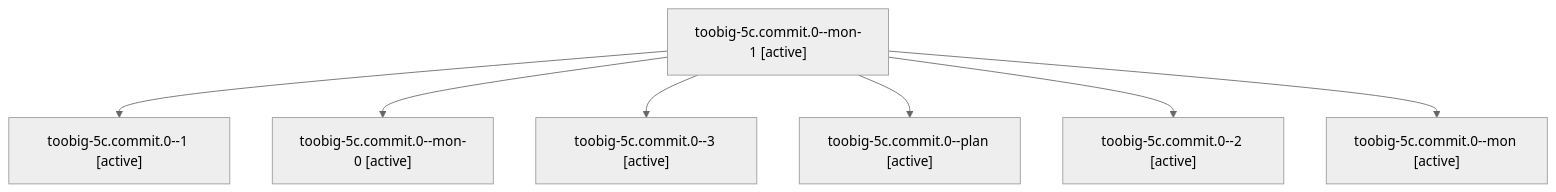
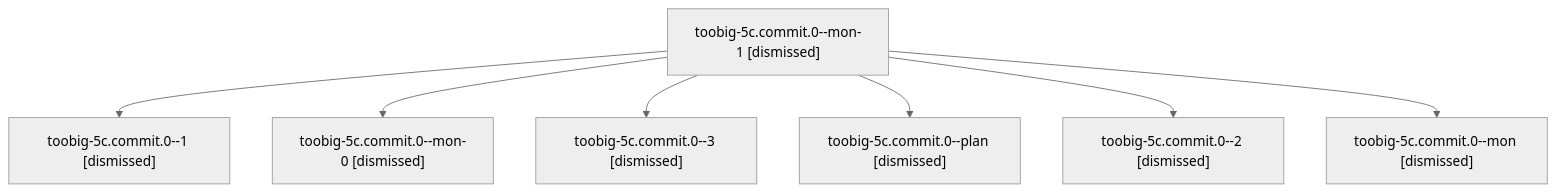
Before and after one commit to sase-org/sase--agents: the diagram in sessions/bbugyi200.athena.toobig-5c.commit.0.md, drawn with Mermaid (neutral theme). The commit also changed other lines of this file and 146 other files, not shown here.

````diff
--- a/sessions/bbugyi200.athena.toobig-5c.commit.0.md
+++ b/sessions/bbugyi200.athena.toobig-5c.commit.0.md
@@ -9,16 +9,16 @@
 ```mermaid
 flowchart TD
-  n0["toobig-5c.commit.0--mon-1 [active]"]
-  n1["toobig-5c.commit.0--1 [active]"]
+  n0["toobig-5c.commit.0--mon-1 [dismissed]"]
+  n1["toobig-5c.commit.0--1 [dismissed]"]
   n0 --> n1
-  n2["toobig-5c.commit.0--mon-0 [active]"]
+  n2["toobig-5c.commit.0--mon-0 [dismissed]"]
   n0 --> n2
-  n3["toobig-5c.commit.0--3 [active]"]
+  n3["toobig-5c.commit.0--3 [dismissed]"]
   n0 --> n3
-  n4["toobig-5c.commit.0--plan [active]"]
+  n4["toobig-5c.commit.0--plan [dismissed]"]
   n0 --> n4
-  n5["toobig-5c.commit.0--2 [active]"]
+  n5["toobig-5c.commit.0--2 [dismissed]"]
   n0 --> n5
-  n6["toobig-5c.commit.0--mon [active]"]
+  n6["toobig-5c.commit.0--mon [dismissed]"]
   n0 --> n6
 ```
````
